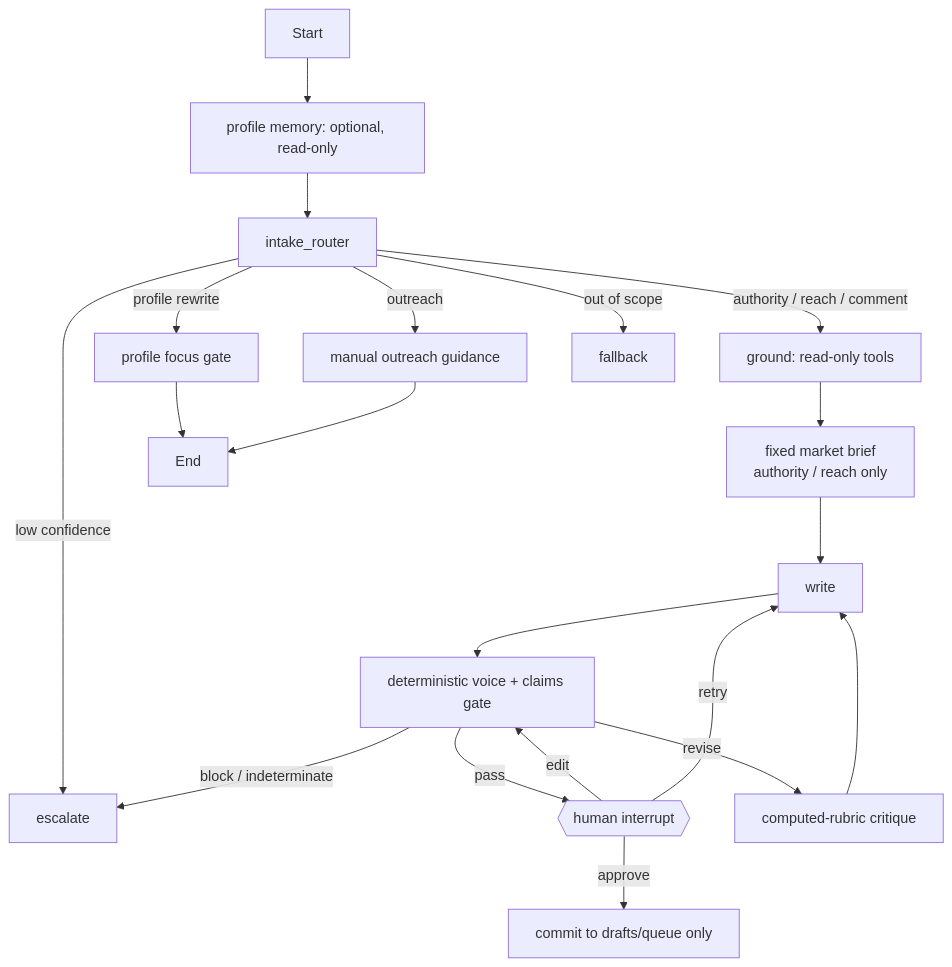
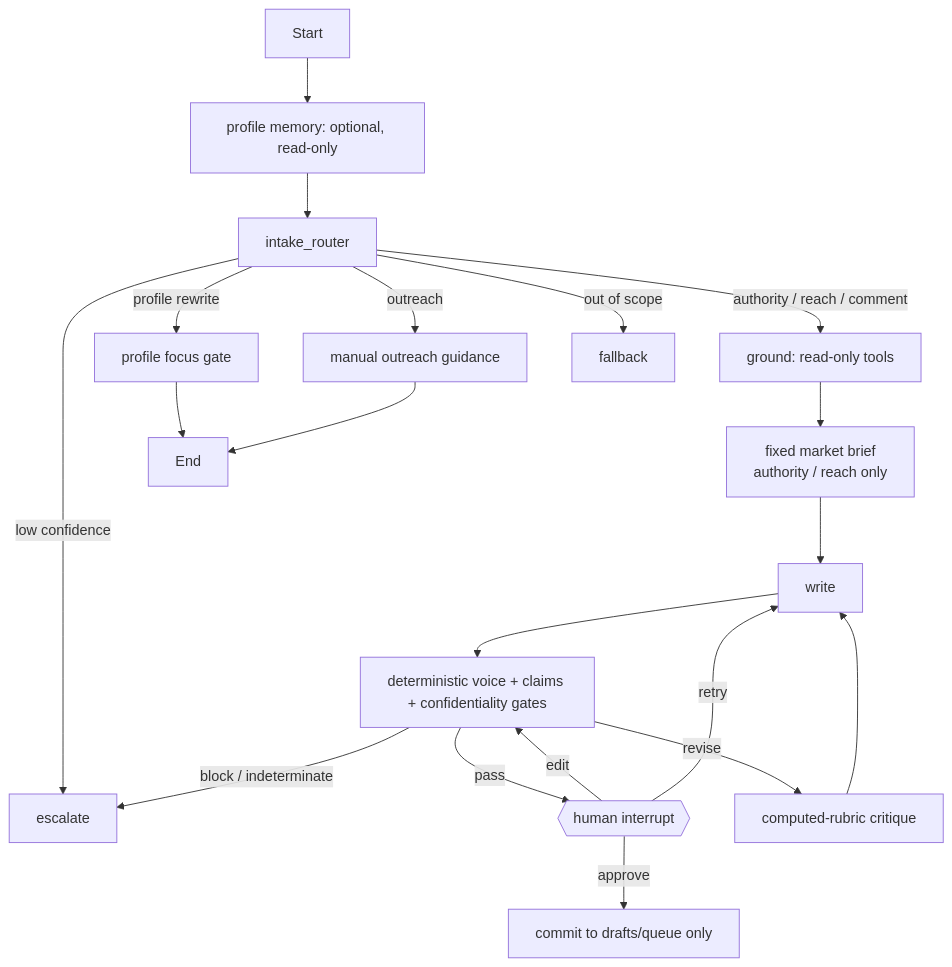
The diagram in docs/architecture.md (aiushe/linkedin-content-os), drawn with Mermaid before and after one commit. The commit also changed other lines of this file and 34 other files, not shown here.

````diff
--- a/docs/architecture.md
+++ b/docs/architecture.md
@@ -13,22 +13,22 @@
 ```mermaid
 flowchart TD
     Start --> Memory[profile memory: optional, read-only]
     Memory --> Router[intake_router]
     Router -->|authority / reach / comment| Ground[ground: read-only tools]
     Router -->|profile rewrite| Profile[profile focus gate]
     Router -->|outreach| Outreach[manual outreach guidance]
     Router -->|low confidence| Escalate[escalate]
     Router -->|out of scope| Fallback[fallback]
     Ground --> Intel[fixed market brief\nauthority / reach only]
     Intel --> Write[write]
-    Write --> Gate[deterministic voice + claims gate]
+    Write --> Gate[deterministic voice + claims + confidentiality gates]
     Gate -->|pass| HITL{{human interrupt}}
     Gate -->|revise| Critique[computed-rubric critique]
     Gate -->|block / indeterminate| Escalate
     Critique --> Write
     HITL -->|approve| Commit[commit to drafts/queue only]
     HITL -->|edit| Gate
     HITL -->|retry| Write
     Profile --> End
     Outreach --> End
 ```
````
